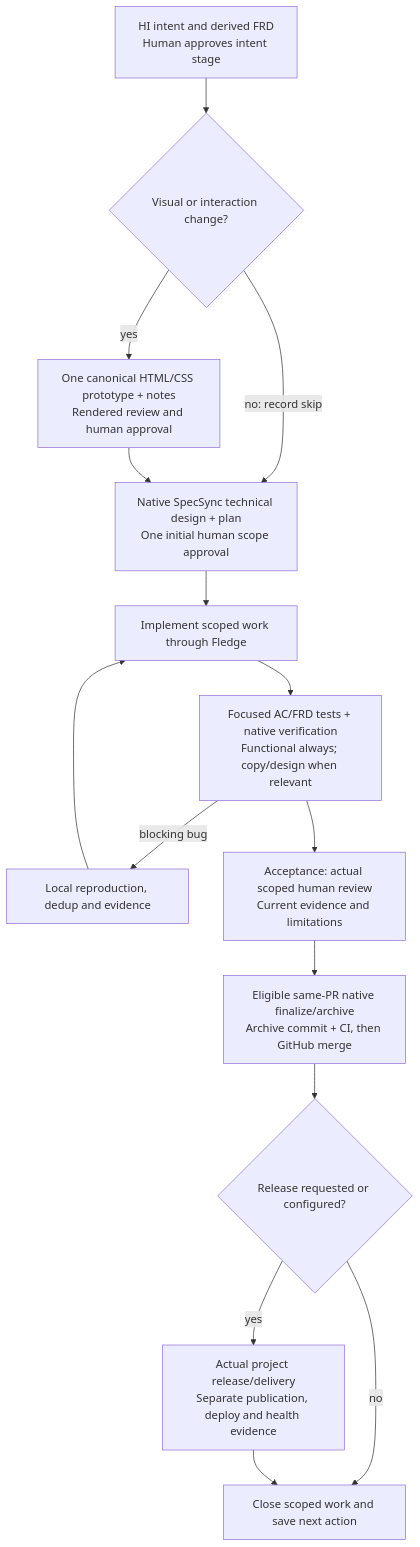
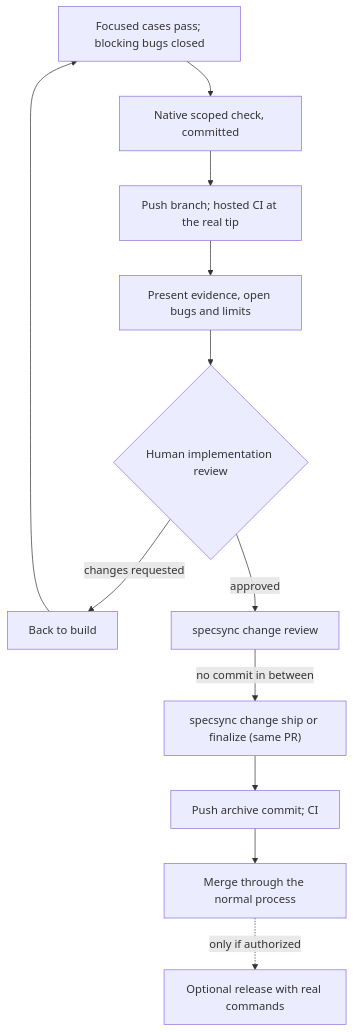
Before and after one commit to CorvidLabs/chough: the diagram in docs/diagrams/lifecycle.mmd, drawn with Mermaid. The commit also changed 281 other files, not shown here.

First line of the commit message:
Evolve Chough into a resumable stage workflow (implementation review) (#2)

```diff
--- a/docs/diagrams/lifecycle.mmd
+++ b/docs/diagrams/lifecycle.mmd
@@ -1,15 +1,12 @@
 flowchart TB
-    intent["HI intent and derived FRD<br/>Human approves intent stage"] --> visual{"Visual or interaction change?"}
-    visual -->|yes| design["One canonical HTML/CSS prototype + notes<br/>Rendered review and human approval"]
-    visual -->|no: record skip| plan["Native SpecSync technical design + plan<br/>One initial human scope approval"]
-    design --> plan
-    plan --> build["Implement scoped work through Fledge"]
-    build --> tests["Focused AC/FRD tests + native verification<br/>Functional always; copy/design when relevant"]
-    tests -->|blocking bug| bug["Local reproduction, dedup and evidence"]
-    bug --> build
-    tests --> accept["Acceptance: actual scoped human review<br/>Current evidence and limitations"]
-    accept --> archive["Eligible same-PR native finalize/archive<br/>Archive commit + CI, then GitHub merge"]
-    archive --> release{"Release requested or configured?"}
-    release -->|yes| deliver["Actual project release/delivery<br/>Separate publication, deploy and health evidence"]
-    release -->|no| done["Close scoped work and save next action"]
-    deliver --> done
+    tests["Focused cases pass; blocking bugs closed"] --> check["Native scoped check, committed"]
+    check --> push["Push branch; hosted CI at the real tip"]
+    push --> present["Present evidence, open bugs and limits"]
+    present --> human{"Human implementation review"}
+    human -->|"changes requested"| build["Back to build"]
+    build --> tests
+    human -->|"approved"| review["specsync change review"]
+    review -->|"no commit in between"| ship["specsync change ship or finalize (same PR)"]
+    ship --> archive["Push archive commit; CI"]
+    archive --> merge["Merge through the normal process"]
+    merge -. "only if authorized" .-> release["Optional release with real commands"]
```
